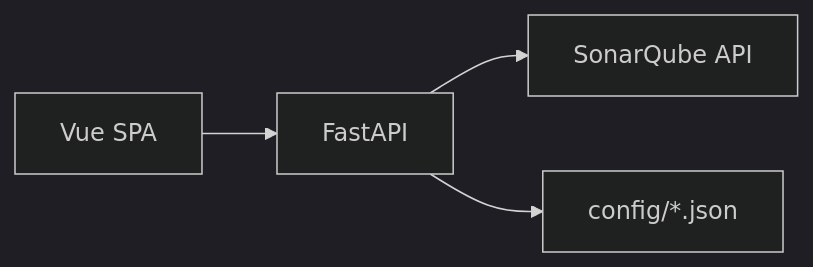
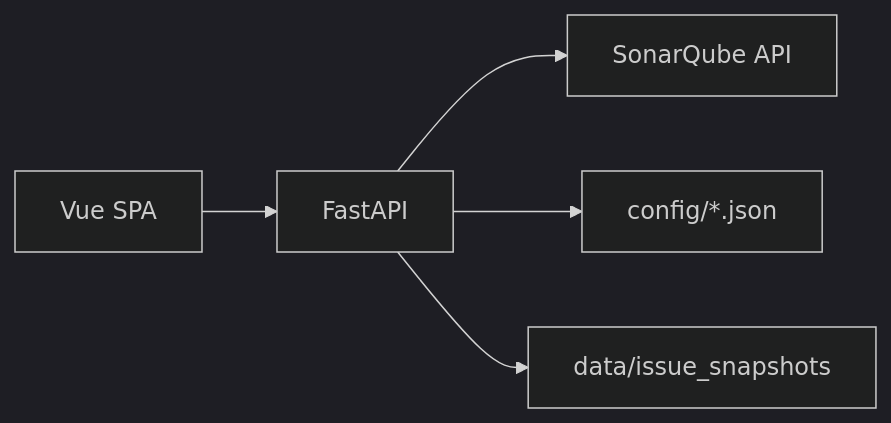
Before and after one commit to zinzzas/sonarqube-monitor: the diagram in docs/03_design/system-architecture.md, drawn with Mermaid (dark theme). The commit also changed other lines of this file and 33 other files, not shown here.

Commit message:
feat(issue-snapshots): Implement disk-based issue snapshots for improved caching and retrieval; add API for cache invalidation and enhance issue search functionality with local filtering from snapshots.

````diff
--- a/docs/03_design/system-architecture.md
+++ b/docs/03_design/system-architecture.md
@@ -9,11 +9,13 @@
 ```mermaid
 flowchart LR
   Browser[Vue SPA]
   API[FastAPI]
   Sonar[SonarQube API]
   Config[config/*.json]
+  Snap[data/issue_snapshots]
 
   Browser --> API
   API --> Sonar
   API --> Config
+  API --> Snap
 ```
````
